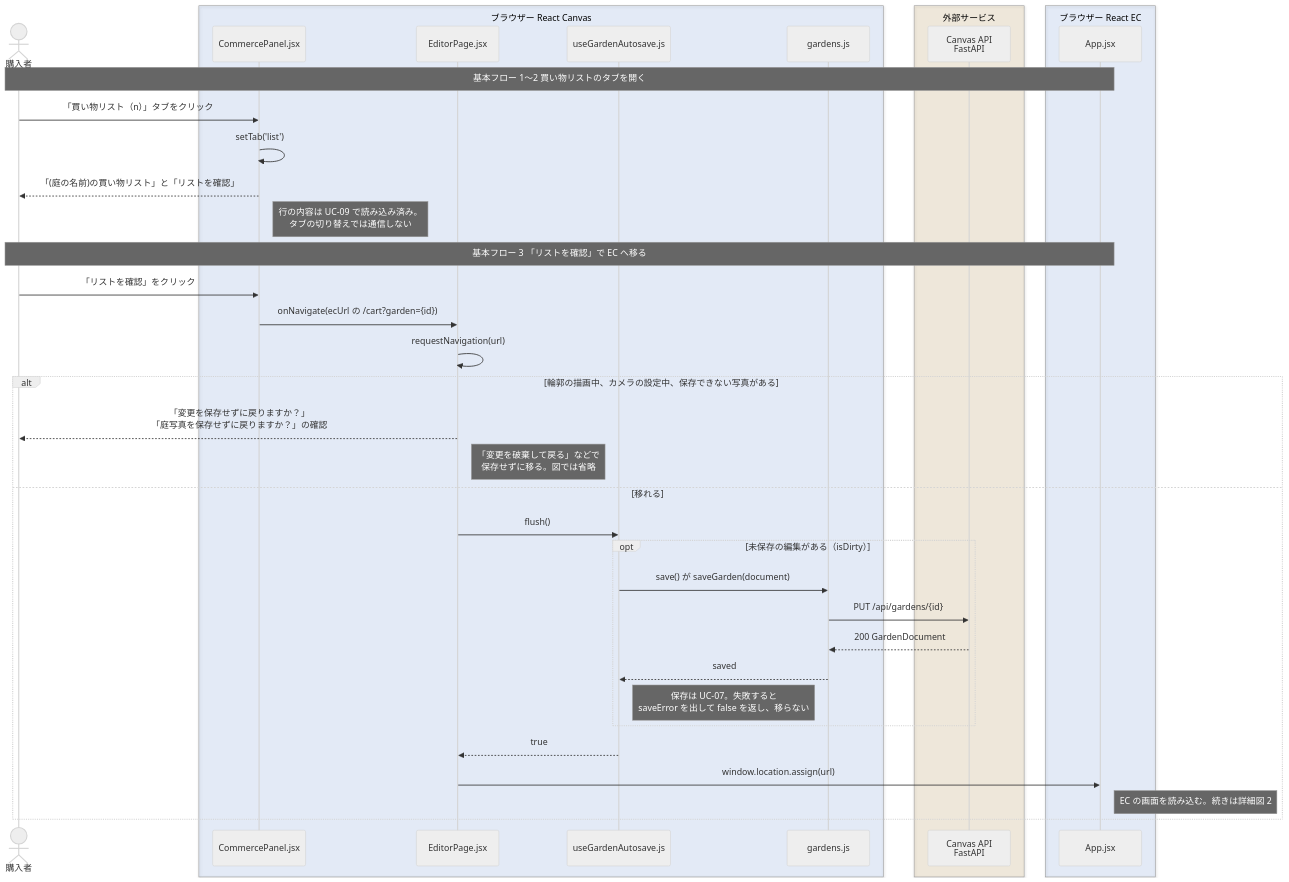
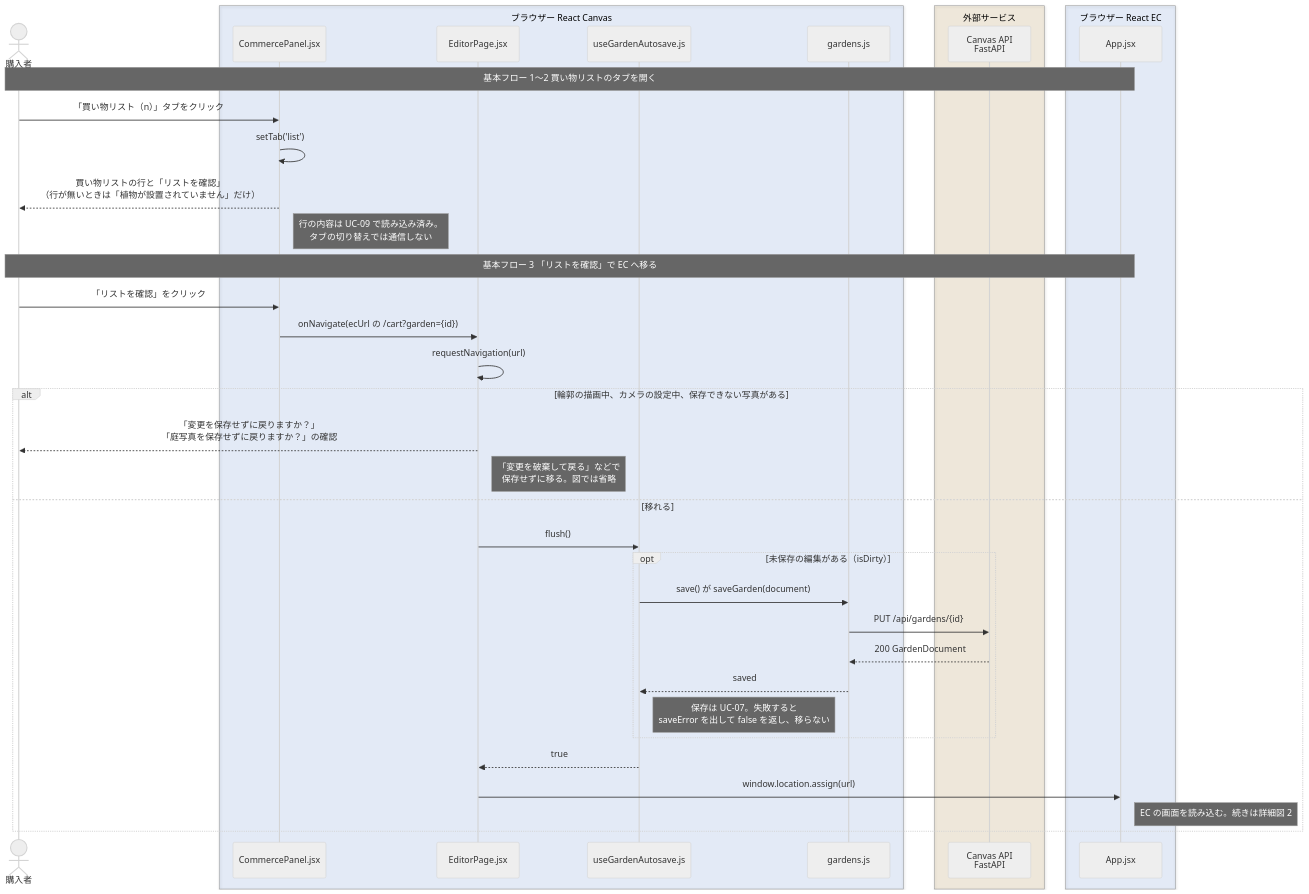
Before and after one commit to abeouga/kusakari-document: the second of 4 diagrams in シーケンス図/kusakari-ec/EC-B24_買い物リストを確認する(EC).md, drawn with Mermaid (neutral theme). The commit also changed other lines of this file and 7 other files, not shown here.

First line of the commit message:
Canvas の図を kusakari-canvas の main（046c5fa）の画面の文言と買い物リストの表示に合わせる (#10)

````diff
--- a/シーケンス図/kusakari-ec/EC-B24_買い物リストを確認する(EC).md
+++ b/シーケンス図/kusakari-ec/EC-B24_買い物リストを確認する(EC).md
@@ -134,43 +134,43 @@
 ```mermaid
 sequenceDiagram
     actor User as 購入者
     box rgba(47,111,219,0.10) ブラウザー React Canvas
         participant Panel as CommercePanel.jsx
         participant Editor as EditorPage.jsx
         participant Save as useGardenAutosave.js
         participant Gapi as gardens.js
     end
     box rgba(180,120,20,0.12) 外部サービス
         participant CApi as Canvas API<br/>FastAPI
     end
     box rgba(47,111,219,0.10) ブラウザー React EC
         participant EcApp as App.jsx
     end
 
     Note over User,EcApp: 基本フロー 1〜2 買い物リストのタブを開く
     User->>Panel: 「買い物リスト（n）」タブをクリック
     Panel->>Panel: setTab('list')
-    Panel-->>User: 「(庭の名前)の買い物リスト」と「リストを確認」
+    Panel-->>User: 買い物リストの行と「リストを確認」<br/>（行が無いときは「植物が設置されていません」だけ）
     Note right of Panel: 行の内容は UC-09 で読み込み済み。<br/>タブの切り替えでは通信しない
 
     Note over User,EcApp: 基本フロー 3 「リストを確認」で EC へ移る
     User->>Panel: 「リストを確認」をクリック
     Panel->>Editor: onNavigate(ecUrl の /cart?garden={id})
     Editor->>Editor: requestNavigation(url)
     alt 輪郭の描画中、カメラの設定中、保存できない写真がある
         Editor-->>User: 「変更を保存せずに戻りますか？」<br/>「庭写真を保存せずに戻りますか？」の確認
         Note right of Editor: 「変更を破棄して戻る」などで<br/>保存せずに移る。図では省略
     else 移れる
         Editor->>Save: flush()
         opt 未保存の編集がある（isDirty）
             Save->>Gapi: save() が saveGarden(document)
             Gapi->>CApi: PUT /api/gardens/{id}
             CApi-->>Gapi: 200 GardenDocument
             Gapi-->>Save: saved
             Note right of Save: 保存は UC-07。失敗すると<br/>saveError を出して false を返し、移らない
         end
         Save-->>Editor: true
         Editor->>EcApp: window.location.assign(url)
         Note right of EcApp: EC の画面を読み込む。続きは詳細図 2
     end
 ```
````
